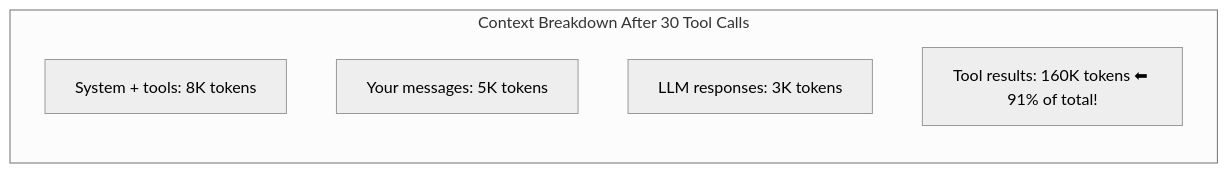
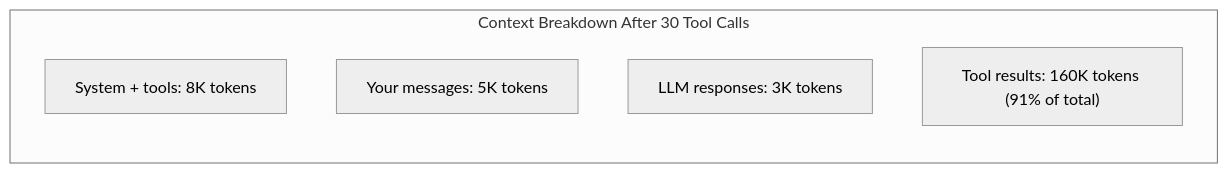
Diagram 12 of 17 in context-management.md (2kages/agent-learning), drawn with Mermaid (neutral theme) before and after one commit. The commit also changed other lines of this file and 2 other files, not shown here.

````diff
--- a/context-management.md
+++ b/context-management.md
@@ -357,10 +522,10 @@
 ```mermaid
 flowchart LR
     subgraph BREAKDOWN ["Context Breakdown After 30 Tool Calls"]
         direction TB
         A["System + tools: 8K tokens"]
         B["Your messages: 5K tokens"]
         C["LLM responses: 3K tokens"]
-        D["Tool results: 160K tokens ⬅ 91% of total!"]
+        D["Tool results: 160K tokens (91% of total)"]
     end
 ```
````
